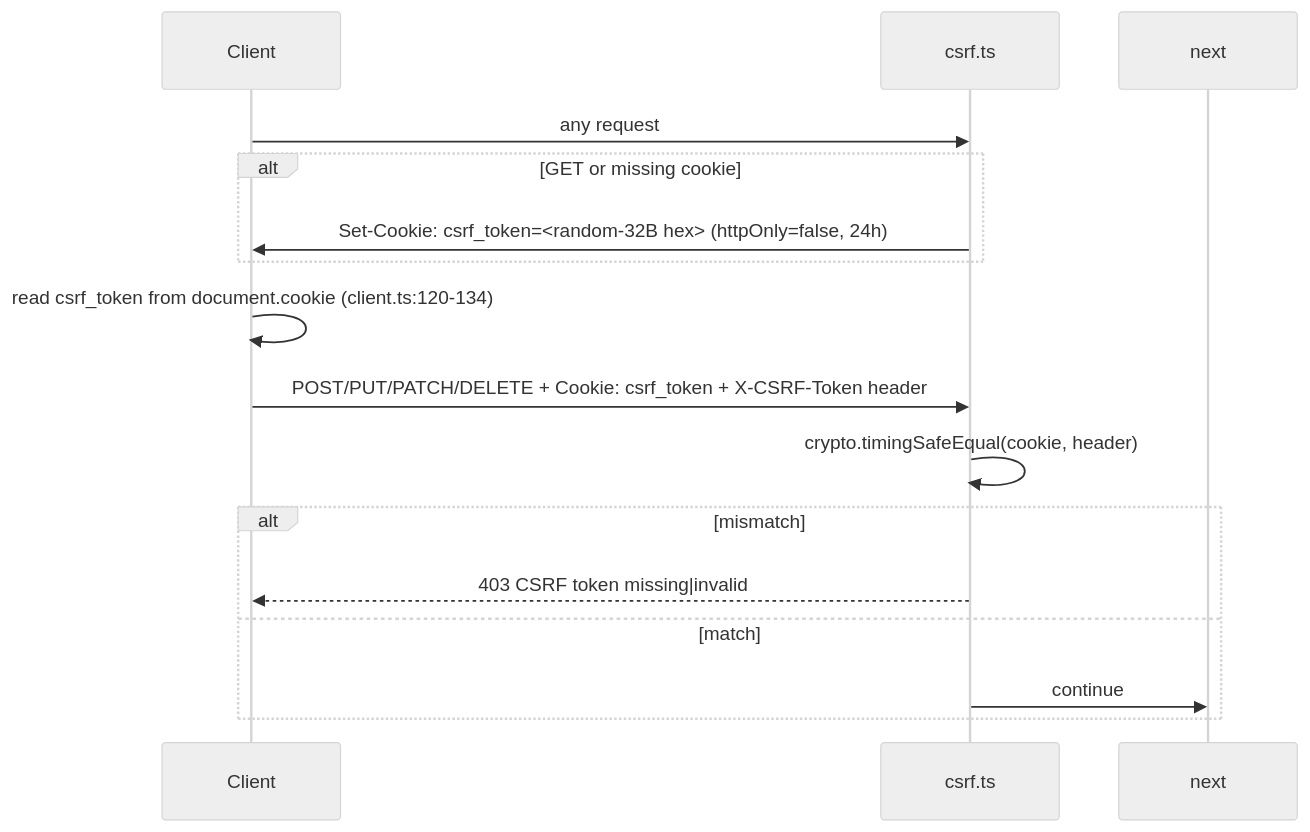
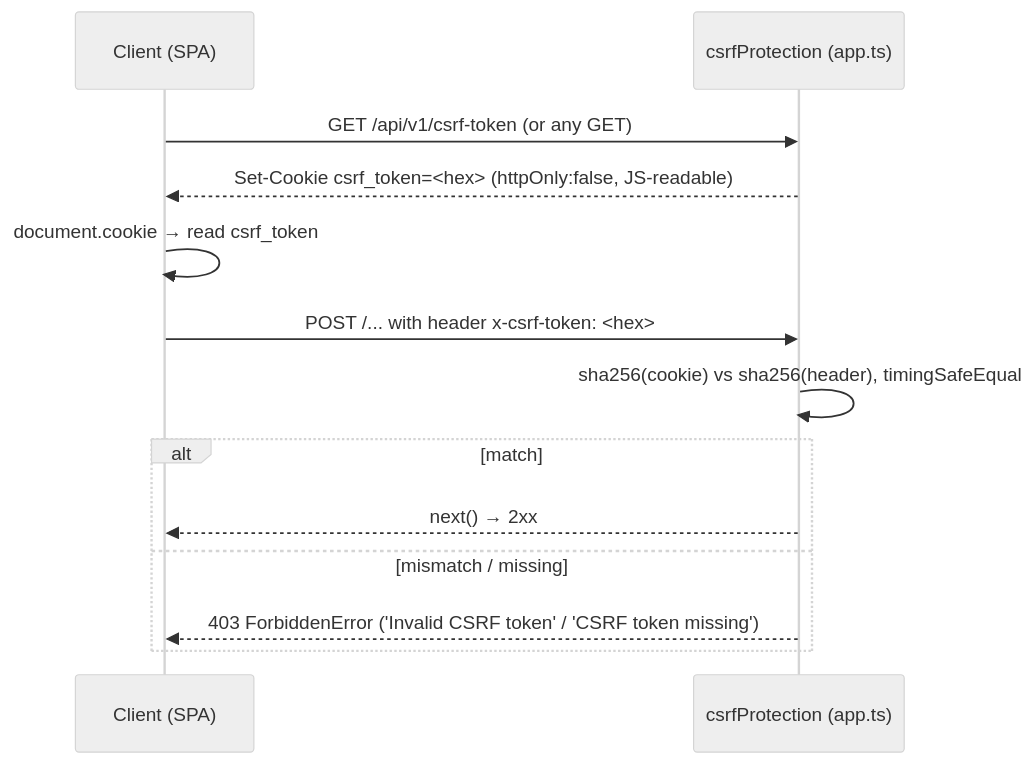
One commit to breilly1296/OwnMyHealth-Claude changed the third of 10 diagrams in New Project Documents/ARCHITECTURE.md. Above: the diagram before and after it, drawn with Mermaid (neutral theme). The commit also changed other lines of this file and 57 other files, not shown here.

````diff
--- a/New Project Documents/ARCHITECTURE.md
+++ b/New Project Documents/ARCHITECTURE.md
@@ -257,17 +256,15 @@
 ```mermaid
 sequenceDiagram
-  participant C as Client
-  participant R as csrf.ts
-  C->>R: any request
-  alt GET or missing cookie
-    R->>C: Set-Cookie: csrf_token=<random-32B hex> (httpOnly=false, 24h)
-  end
-  C->>C: read csrf_token from document.cookie (client.ts:120-134)
-  C->>R: POST/PUT/PATCH/DELETE + Cookie: csrf_token + X-CSRF-Token header
-  R->>R: crypto.timingSafeEqual(cookie, header)
-  alt mismatch
-    R-->>C: 403 CSRF token missing|invalid
-  else match
-    R->>next: continue
+  participant C as Client (SPA)
+  participant S as csrfProtection (app.ts)
+  C->>S: GET /api/v1/csrf-token  (or any GET)
+  S-->>C: Set-Cookie csrf_token=<hex>  (httpOnly:false, JS-readable)
+  C->>C: document.cookie → read csrf_token
+  C->>S: POST /... with header x-csrf-token: <hex>
+  S->>S: sha256(cookie) vs sha256(header), timingSafeEqual
+  alt match
+    S-->>C: next() → 2xx
+  else mismatch / missing
+    S-->>C: 403 ForbiddenError ('Invalid CSRF token' / 'CSRF token missing')
   end
 ```
````
